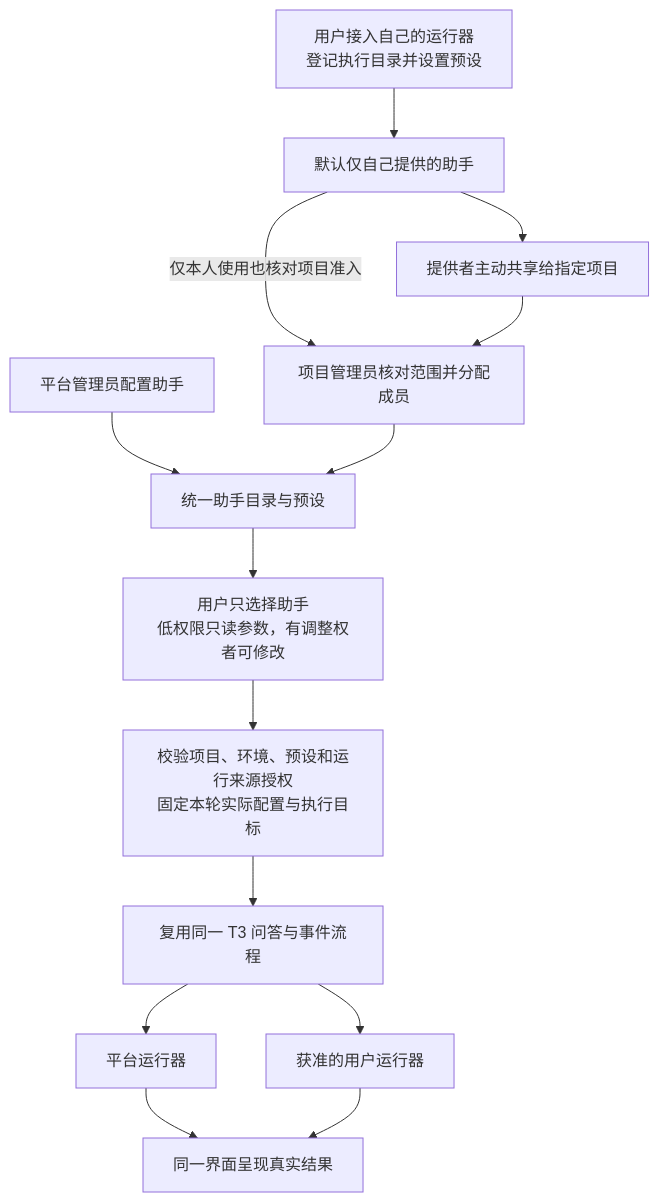
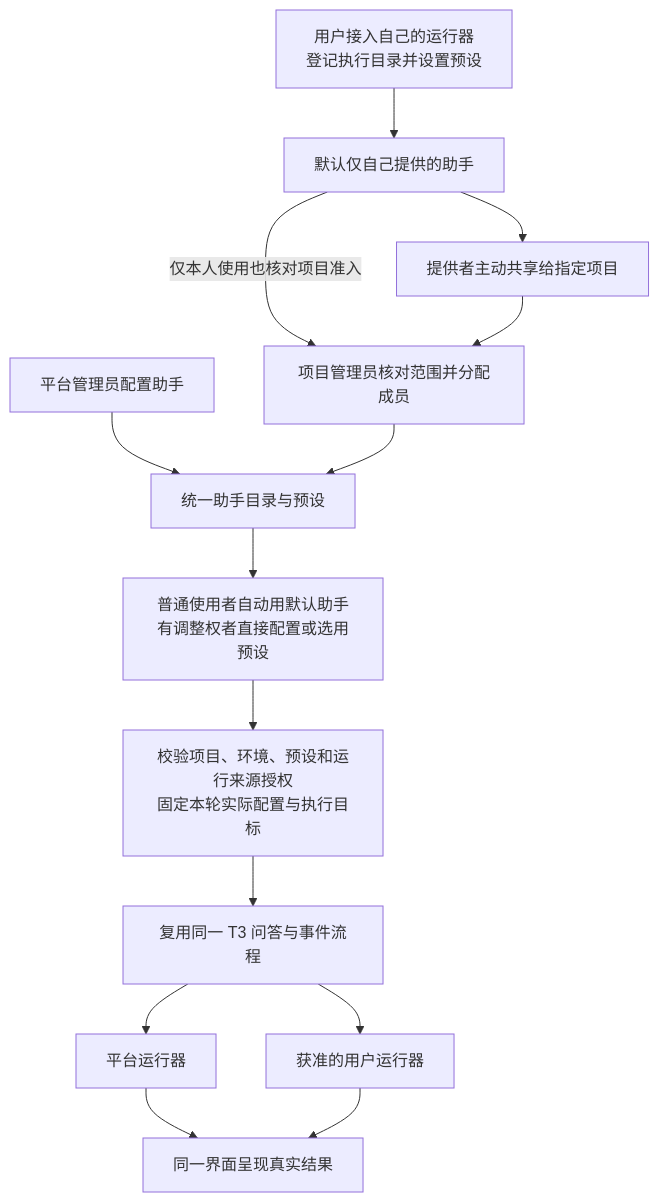
Before and after one commit to coco-ari/CodeMinificationRepository: the sixth of 9 diagrams in examples/project-workbench-design.md, drawn with Mermaid. The commit also changed other lines of this file and 3 other files, not shown here.

````diff
--- a/examples/project-workbench-design.md
+++ b/examples/project-workbench-design.md
@@ -268,16 +270,16 @@
 ```mermaid
 flowchart TB
     P["平台管理员配置助手"] --> A["统一助手目录与预设"]
     U["用户接入自己的运行器<br/>登记执行目录并设置预设"] --> OWN["默认仅自己提供的助手"]
     OWN -- "仅本人使用也核对项目准入" --> ADMIN
     OWN --> SHARE["提供者主动共享给指定项目"]
     SHARE --> ADMIN["项目管理员核对范围并分配成员"]
     ADMIN --> A
-    A --> PICK["用户只选择助手<br/>低权限只读参数，有调整权者可修改"]
+    A --> PICK["普通使用者自动用默认助手<br/>有调整权者直接配置或选用预设"]
     PICK --> CHECK["校验项目、环境、预设和运行来源授权<br/>固定本轮实际配置与执行目标"]
     CHECK --> T3["复用同一 T3 问答与事件流程"]
     T3 --> HOST["平台运行器"]
     T3 --> USER["获准的用户运行器"]
     HOST --> RESULT["同一界面呈现真实结果"]
     USER --> RESULT
 ```
````
